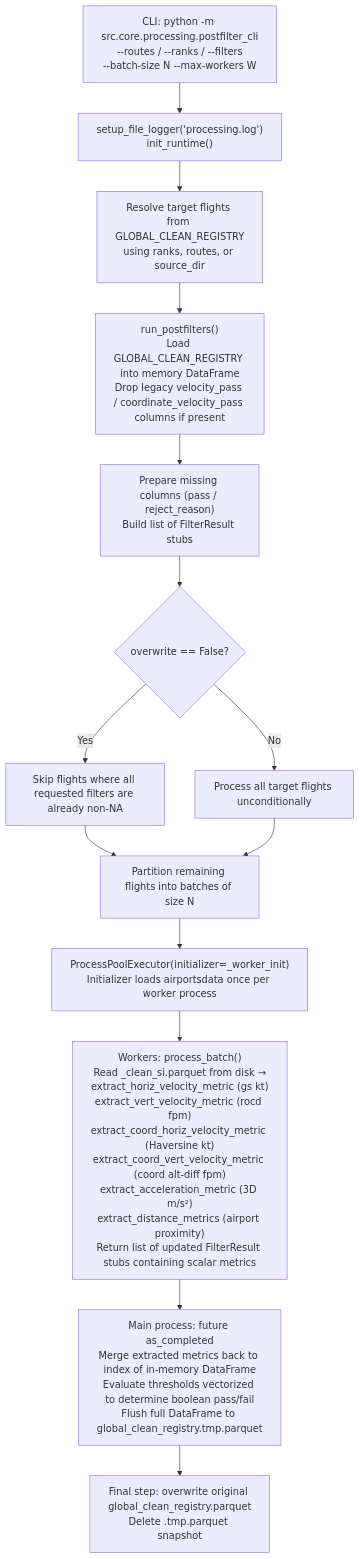
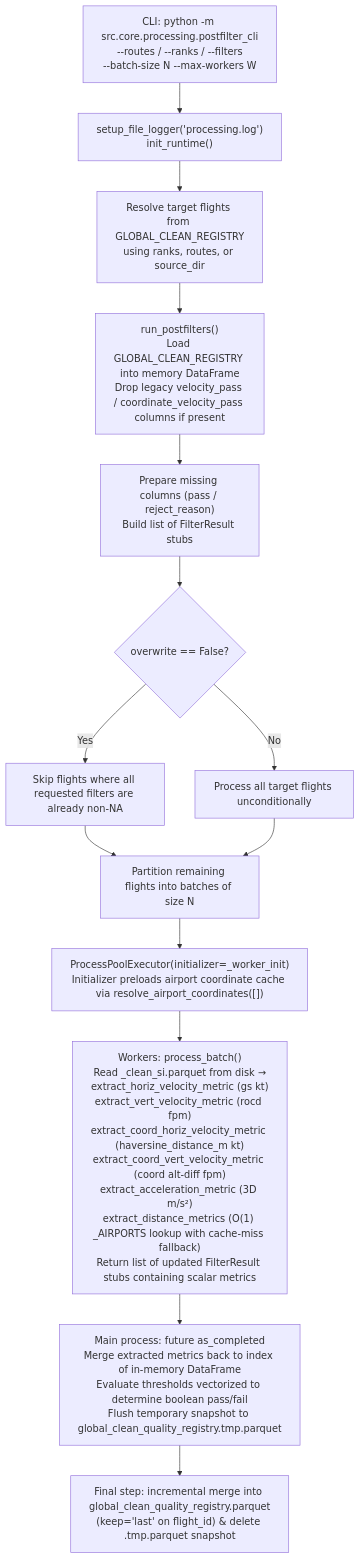
One commit to Bauzement123/flight-physics-pipeline changed the second of 3 diagrams in src/core/processing/README.md. Above: the diagram before and after it, drawn with Mermaid. The commit also changed other lines of this file and 16 other files, not shown here.

````diff
--- a/src/core/processing/README.md
+++ b/src/core/processing/README.md
@@ -255,16 +257,16 @@
 ```mermaid
 flowchart TD
     A["CLI: python -m src.core.processing.postfilter_cli\n--routes / --ranks / --filters\n--batch-size N --max-workers W"] --> B["setup_file_logger('processing.log')\ninit_runtime()"]
     B --> C["Resolve target flights from GLOBAL_CLEAN_REGISTRY\nusing ranks, routes, or source_dir"]
     C --> D["run_postfilters()\nLoad GLOBAL_CLEAN_REGISTRY into memory DataFrame\nDrop legacy velocity_pass / coordinate_velocity_pass columns if present"]
     D --> E["Prepare missing columns (pass / reject_reason)\nBuild list of FilterResult stubs"]
     E --> F{"overwrite == False?"}
     F -->|Yes| G["Skip flights where all requested filters are already non-NA"]
     F -->|No| H["Process all target flights unconditionally"]
     G --> I["Partition remaining flights into batches of size N"]
     H --> I
-    I --> J["ProcessPoolExecutor(initializer=_worker_init)\nInitializer loads airportsdata once per worker process"]
-    J --> K["Workers: process_batch()\nRead _clean_si.parquet from disk →\nextract_horiz_velocity_metric (gs kt)\nextract_vert_velocity_metric (rocd fpm)\nextract_coord_horiz_velocity_metric (Haversine kt)\nextract_coord_vert_velocity_metric (coord alt-diff fpm)\nextract_acceleration_metric (3D m/s²)\nextract_distance_metrics (airport proximity)\nReturn list of updated FilterResult stubs containing scalar metrics"]
-    K --> L["Main process: future as_completed\nMerge extracted metrics back to index of in-memory DataFrame\nEvaluate thresholds vectorized to determine boolean pass/fail\nFlush full DataFrame to global_clean_registry.tmp.parquet"]
-    L --> M["Final step: overwrite original global_clean_registry.parquet\nDelete .tmp.parquet snapshot"]
+    I --> J["ProcessPoolExecutor(initializer=_worker_init)\nInitializer preloads airport coordinate cache via resolve_airport_coordinates([])"]
+    J --> K["Workers: process_batch()\nRead _clean_si.parquet from disk →\nextract_horiz_velocity_metric (gs kt)\nextract_vert_velocity_metric (rocd fpm)\nextract_coord_horiz_velocity_metric (haversine_distance_m kt)\nextract_coord_vert_velocity_metric (coord alt-diff fpm)\nextract_acceleration_metric (3D m/s²)\nextract_distance_metrics (O(1) _AIRPORTS lookup with cache-miss fallback)\nReturn list of updated FilterResult stubs containing scalar metrics"]
+    K --> L["Main process: future as_completed\nMerge extracted metrics back to index of in-memory DataFrame\nEvaluate thresholds vectorized to determine boolean pass/fail\nFlush temporary snapshot to global_clean_quality_registry.tmp.parquet"]
+    L --> M["Final step: incremental merge into global_clean_quality_registry.parquet\n(keep='last' on flight_id) & delete .tmp.parquet snapshot"]
 ```
````
